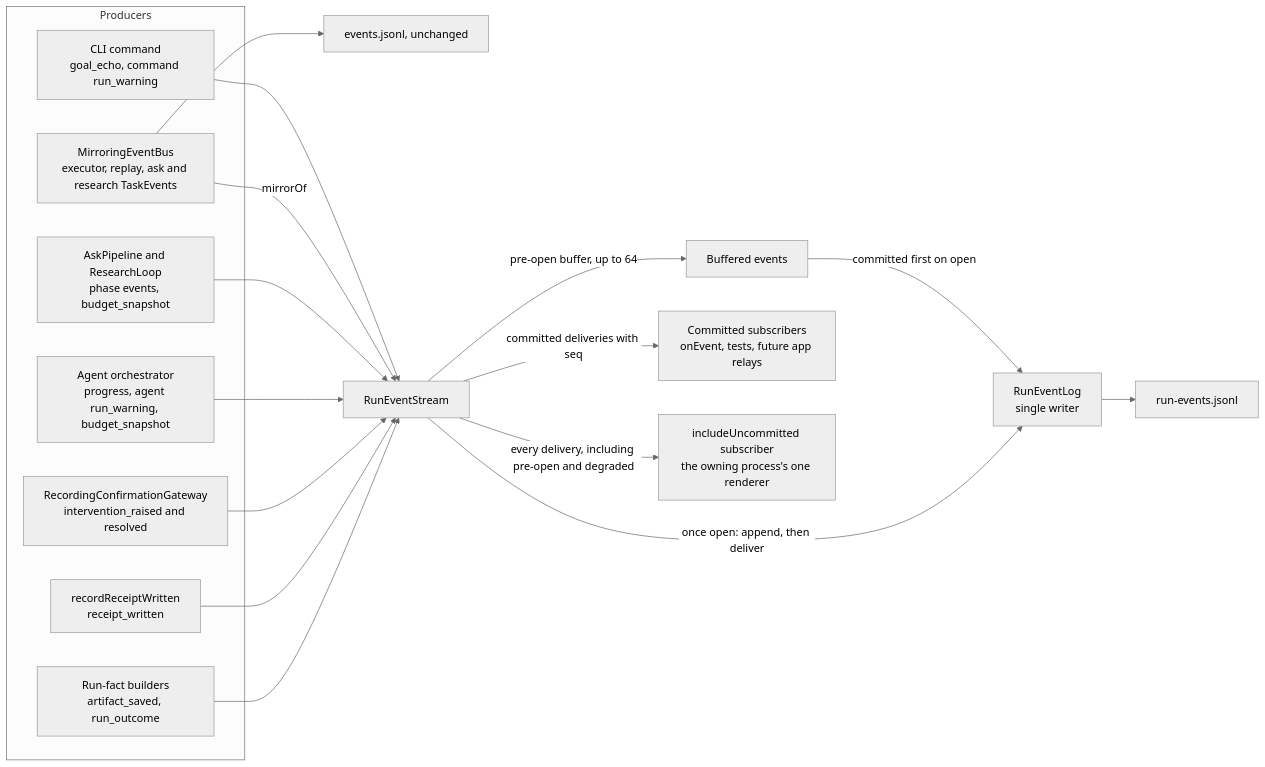
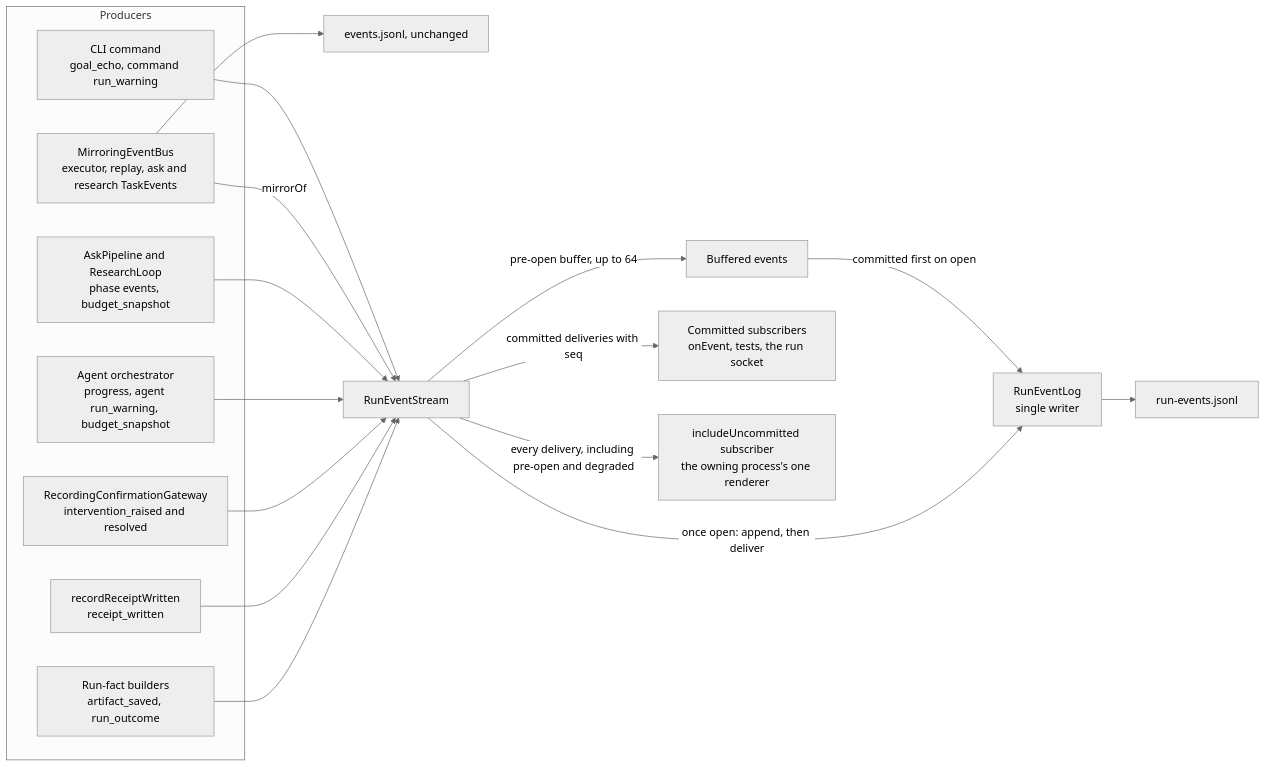
Before and after one commit to abranjith/yantra: diagram 12 of 39 in docs/architecture.md, drawn with Mermaid (neutral theme). The commit also changed other lines of this file and 153 other files, not shown here.

````diff
--- a/docs/architecture.md
+++ b/docs/architecture.md
@@ -1358,26 +1391,26 @@
 ```mermaid
 flowchart LR
   subgraph Producers
     Cmd[CLI command<br/>goal_echo, command run_warning]
     Bus[MirroringEventBus<br/>executor, replay, ask and research TaskEvents]
     Phases[AskPipeline and ResearchLoop<br/>phase events, budget_snapshot]
     Agent[Agent orchestrator<br/>progress, agent run_warning, budget_snapshot]
     Consent[RecordingConfirmationGateway<br/>intervention_raised and resolved]
     Receipt[recordReceiptWritten<br/>receipt_written]
     Facts[Run-fact builders<br/>artifact_saved, run_outcome]
   end
   Bus --> EventsFile[events.jsonl, unchanged]
   Cmd --> Stream[RunEventStream]
   Bus -->|mirrorOf| Stream
   Phases --> Stream
   Agent --> Stream
   Consent --> Stream
   Receipt --> Stream
   Facts --> Stream
   Stream -->|pre-open buffer, up to 64| Buffer[Buffered events]
   Buffer -->|committed first on open| Log[RunEventLog<br/>single writer]
   Stream -->|once open: append, then deliver| Log
   Log --> File[run-events.jsonl]
-  Stream -->|committed deliveries with seq| Committed[Committed subscribers<br/>onEvent, tests, future app relays]
+  Stream -->|committed deliveries with seq| Committed[Committed subscribers<br/>onEvent, tests, the run socket]
   Stream -->|every delivery, including pre-open and degraded| Owner[includeUncommitted subscriber<br/>the owning process's one renderer]
 ```
````
